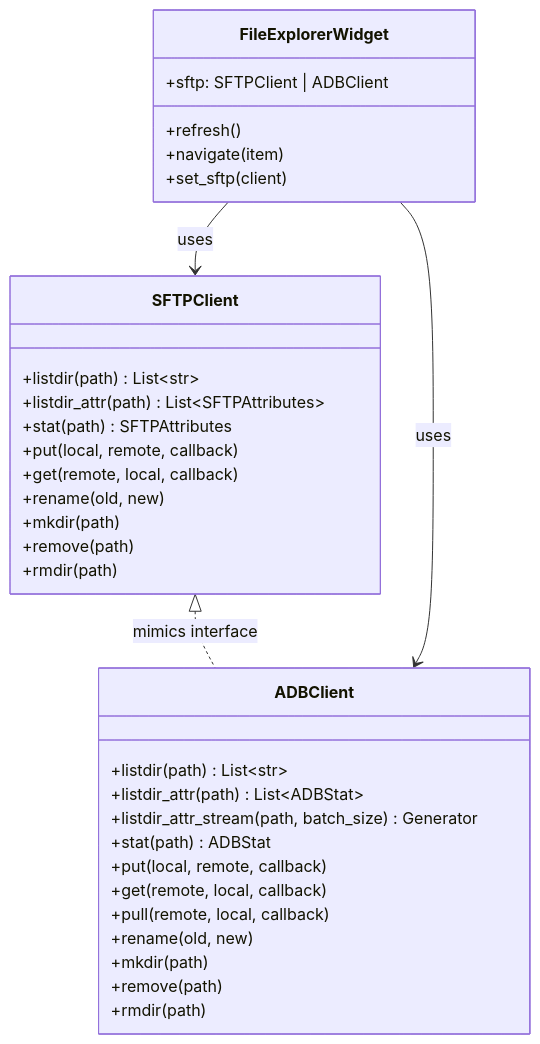
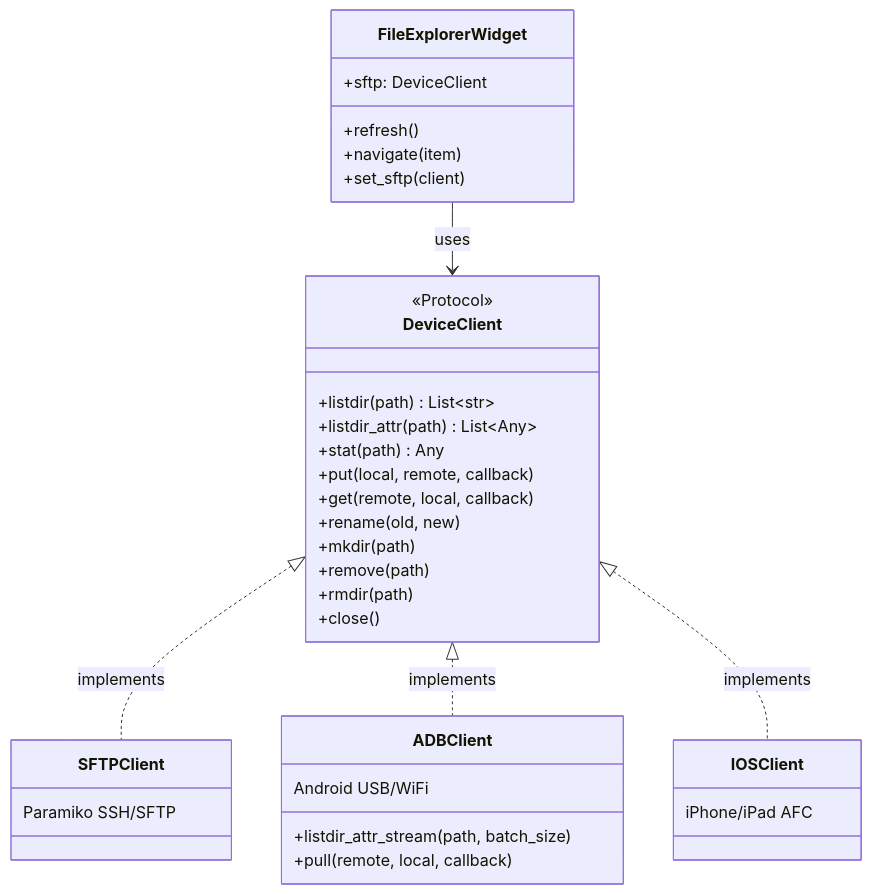
One commit to imlocle/filesling changed the fifth of 7 diagrams in docs/SYSTEM_DIAGRAM.md. Above: the diagram before and after it, drawn with Mermaid. The commit also changed other lines of this file and 11 other files, not shown here.

````diff
--- a/docs/SYSTEM_DIAGRAM.md
+++ b/docs/SYSTEM_DIAGRAM.md
@@ -183,39 +252,42 @@
 ```mermaid
 classDiagram
-    class SFTPClient {
+    class DeviceClient {
+        <<Protocol>>
         +listdir(path) List~str~
-        +listdir_attr(path) List~SFTPAttributes~
-        +stat(path) SFTPAttributes
+        +listdir_attr(path) List~Any~
+        +stat(path) Any
         +put(local, remote, callback)
         +get(remote, local, callback)
         +rename(old, new)
         +mkdir(path)
         +remove(path)
         +rmdir(path)
+        +close()
+    }
+
+    class SFTPClient {
+        Paramiko SSH/SFTP
     }
 
     class ADBClient {
-        +listdir(path) List~str~
-        +listdir_attr(path) List~ADBStat~
-        +listdir_attr_stream(path, batch_size) Generator
-        +stat(path) ADBStat
-        +put(local, remote, callback)
-        +get(remote, local, callback)
+        Android USB/WiFi
+        +listdir_attr_stream(path, batch_size)
         +pull(remote, local, callback)
-        +rename(old, new)
-        +mkdir(path)
-        +remove(path)
-        +rmdir(path)
+    }
+
+    class IOSClient {
+        iPhone/iPad AFC
     }
 
     class FileExplorerWidget {
-        +sftp: SFTPClient | ADBClient
+        +sftp: DeviceClient
         +refresh()
         +navigate(item)
         +set_sftp(client)
     }
 
-    SFTPClient <|.. ADBClient : mimics interface
-    FileExplorerWidget --> SFTPClient : uses
-    FileExplorerWidget --> ADBClient : uses
+    DeviceClient <|.. SFTPClient : implements
+    DeviceClient <|.. ADBClient : implements
+    DeviceClient <|.. IOSClient : implements
+    FileExplorerWidget --> DeviceClient : uses
 ```
````
